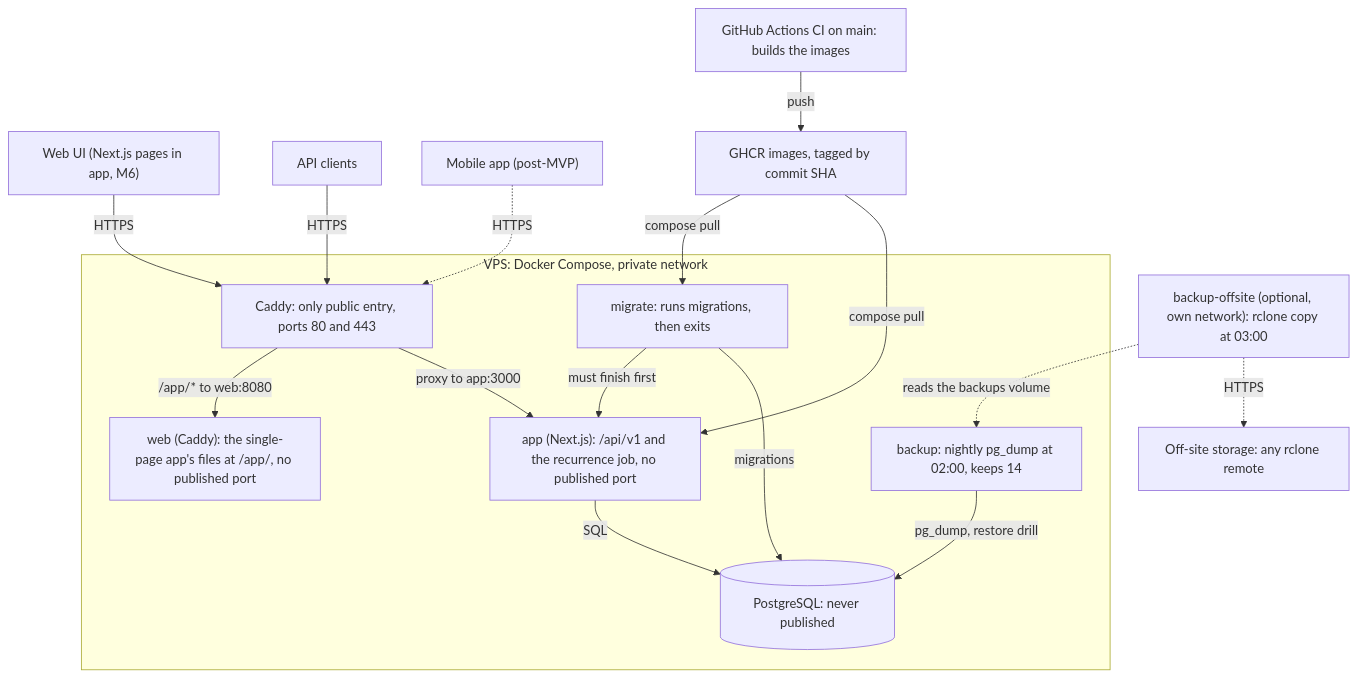
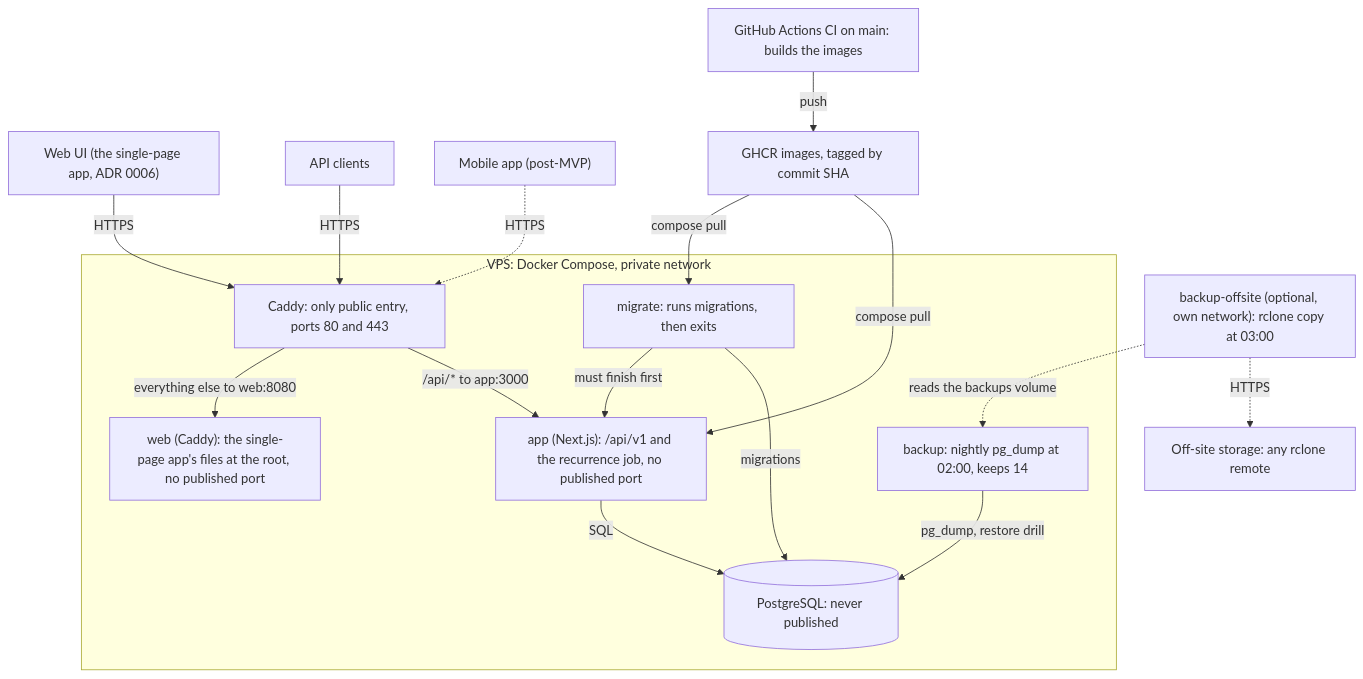
The diagram in docs/architecture/README.md (Facabore/Hearth), drawn with Mermaid before and after one commit. The commit also changed other lines of this file and 6 other files, not shown here.

First line of the commit message:
docs(adr): record the SPA cut-over and drop the server-container rules (Refs #199)

````diff
--- a/docs/architecture/README.md
+++ b/docs/architecture/README.md
@@ -11,35 +11,35 @@
 ```mermaid
 flowchart TB
-    web["Web UI (Next.js pages in app, M6)"]
+    web["Web UI (the single-page app, ADR 0006)"]
     clients["API clients"]
     mobile["Mobile app (post-MVP)"]
 
     subgraph vps ["VPS: Docker Compose, private network"]
         caddy["Caddy: only public entry, ports 80 and 443"]
         app["app (Next.js): /api/v1 and the recurrence job, no published port"]
-        spa["web (Caddy): the single-page app's files at /app/, no published port"]
+        spa["web (Caddy): the single-page app's files at the root, no published port"]
         migrate["migrate: runs migrations, then exits"]
         db[("PostgreSQL: never published")]
         backup["backup: nightly pg_dump at 02:00, keeps 14"]
     end
     offsite["backup-offsite (optional, own network): rclone copy at 03:00"]
 
     ci["GitHub Actions CI on main: builds the images"]
     ghcr["GHCR images, tagged by commit SHA"]
     remote["Off-site storage: any rclone remote"]
 
     web -->|HTTPS| caddy
     clients -->|HTTPS| caddy
     mobile -.->|HTTPS| caddy
-    caddy -->|"proxy to app:3000"| app
-    caddy -->|"/app/* to web:8080"| spa
+    caddy -->|"/api/* to app:3000"| app
+    caddy -->|"everything else to web:8080"| spa
     app -->|SQL| db
     migrate -->|migrations| db
     migrate -->|"must finish first"| app
     ci -->|push| ghcr
     ghcr -->|"compose pull"| app
     ghcr -->|"compose pull"| migrate
     backup -->|"pg_dump, restore drill"| db
     offsite -.->|"reads the backups volume"| backup
     offsite -.->|HTTPS| remote
 ```
````
